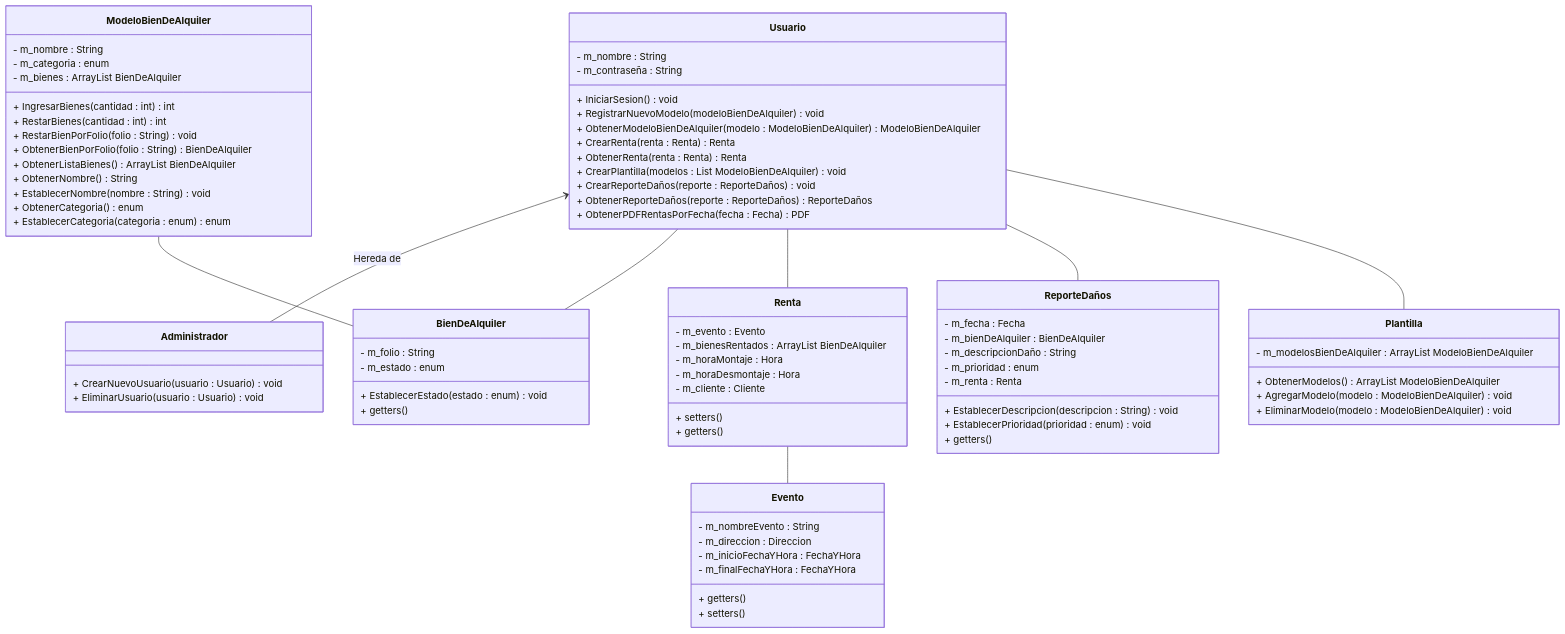
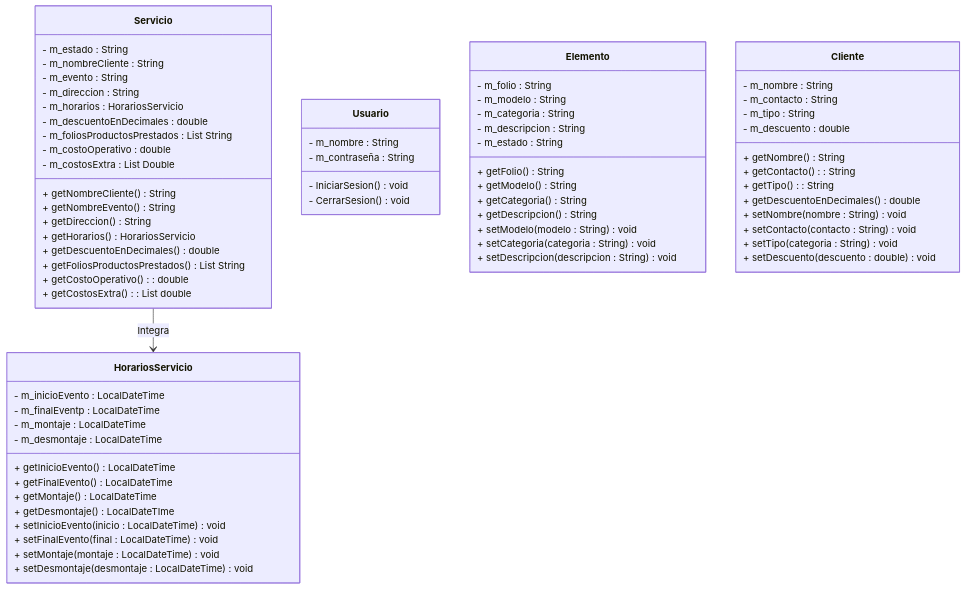
One commit to JuanJoseVargasArvizu/ProyectoPromotoraEventos changed the diagram in Documentacion/Diagramas/DiagramaDeClases.mmd. Above: the diagram before and after it, drawn with Mermaid.

Commit message:
Actualizacion diagrama de clases

```diff
--- a/Documentacion/Diagramas/DiagramaDeClases.mmd
+++ b/Documentacion/Diagramas/DiagramaDeClases.mmd
@@ -1,101 +1,75 @@
 classDiagram
 
-    Usuario <-- Administrador : Hereda de
-    Usuario -- BienDeAlquiler
-    Usuario -- Renta
-    Usuario -- ReporteDaños
-    Usuario -- Plantilla
+Servicio --> HorariosServicio : Integra
 
-    Renta -- Evento
+class Usuario{
+    - m_nombre : String
+    - m_contraseña : String
+    - IniciarSesion() void
+    - CerrarSesion() void
+}
 
-    ModeloBienDeAlquiler -- BienDeAlquiler
+class Elemento{
+    - m_folio : String
+    - m_modelo : String
+    - m_categoria : String
+    - m_descripcion : String
+    - m_estado : String
+    + getFolio() String
+    + getModelo() String
+    + getCategoria() String
+    + getDescripcion() String
+    + setModelo(modelo : String) void
+    + setCategoria(categoria : String) void
+    + setDescripcion(descripcion : String) void
+}
 
+class Cliente{
+    - m_nombre : String
+    - m_contacto : String
+    - m_tipo : String
+    - m_descuento : double
+    + getNombre() String
+    + getContacto() : String
+    + getTipo() : String
+    + getDescuentoEnDecimales() double
+    + setNombre(nombre : String) void
+    + setContacto(contacto : String) void
+    + setTipo(categoria : String) void
+    + setDescuento(descuento :  double) void
+}
 
-    class Usuario{
-        - m_nombre : String
-        - m_contraseña : String
-        + IniciarSesion() void
-        + RegistrarNuevoModelo(modeloBienDeAlquiler) void
-        + ObtenerModeloBienDeAlquiler(modelo : ModeloBienDeAlquiler) ModeloBienDeAlquiler
-        + CrearRenta(renta : Renta) Renta
-        + ObtenerRenta(renta : Renta) Renta
-        + CrearPlantilla( modelos : List ModeloBienDeAlquiler) void
-        + CrearReporteDaños(reporte : ReporteDaños) void
-        + ObtenerReporteDaños(reporte : ReporteDaños) ReporteDaños
-        + ObtenerPDFRentasPorFecha(fecha : Fecha) PDF
-    }
+class Servicio{
+    - m_estado : String
+    - m_nombreCliente : String 
+    - m_evento : String
+    - m_direccion : String
+    - m_horarios : HorariosServicio
+    - m_descuentoEnDecimales : double
+    - m_foliosProductosPrestados : List String
+    - m_costoOperativo : double
+    - m_costosExtra : List Double
+    + getNombreCliente() String
+    + getNombreEvento() String
+    + getDireccion() String
+    + getHorarios() HorariosServicio
+    + getDescuentoEnDecimales() double
+    + getFoliosProductosPrestados() List String
+    + getCostoOperativo() : double
+    + getCostosExtra() : List double
+}
 
-    class Administrador{
-        + CrearNuevoUsuario(usuario : Usuario) void
-        + EliminarUsuario(usuario : Usuario) void
-    }
-
-    class ModeloBienDeAlquiler{
-        - m_nombre : String
-        - m_categoria : enum
-        - m_bienes : ArrayList BienDeAlquiler
-        + IngresarBienes(cantidad : int) int
-        + RestarBienes(cantidad : int) int
-        + RestarBienPorFolio(folio : String) void
-        + ObtenerBienPorFolio(folio : String) BienDeAlquiler
-        + ObtenerListaBienes() ArrayList BienDeAlquiler
-
-        + ObtenerNombre() String
-        + EstablecerNombre(nombre : String) void
-        + ObtenerCategoria() enum
-        + EstablecerCategoria(categoria : enum) enum
-
-    }
-
-
-    class BienDeAlquiler{
-        - m_folio : String
-        - m_estado : enum
-
-        + EstablecerEstado(estado : enum) void
-        + getters()
-
-    }
-
-
-    class Renta{
-        - m_evento : Evento
-        - m_bienesRentados : ArrayList BienDeAlquiler
-        - m_horaMontaje : Hora
-        - m_horaDesmontaje : Hora
-        - m_cliente : Cliente
-
-        + setters()
-        + getters()
-
-    }
-
-    class Evento{
-        - m_nombreEvento : String
-        - m_direccion : Direccion        
-        - m_inicioFechaYHora : FechaYHora
-        - m_finalFechaYHora : FechaYHora
-
-        + getters()
-        + setters()
-    }
-
-    class ReporteDaños{
-        - m_fecha : Fecha
-        - m_bienDeAlquiler : BienDeAlquiler
-        - m_descripcionDaño : String
-        - m_prioridad : enum
-        - m_renta : Renta
-
-        + EstablecerDescripcion(descripcion : String) void
-        + EstablecerPrioridad(prioridad : enum) void
-        + getters()
-    }
-
-
-    class Plantilla{
-        - m_modelosBienDeAlquiler : ArrayList ModeloBienDeAlquiler
-        + ObtenerModelos() ArrayList ModeloBienDeAlquiler
-        + AgregarModelo(modelo : ModeloBienDeAlquiler) void
-        + EliminarModelo(modelo : ModeloBienDeAlquiler) void
-    }
+class HorariosServicio{
+    - m_inicioEvento : LocalDateTime
+    - m_finalEventp : LocalDateTime
+    - m_montaje : LocalDateTime
+    - m_desmontaje : LocalDateTime
+    + getInicioEvento() LocalDateTime
+    + getFinalEvento() LocalDateTime
+    + getMontaje() LocalDateTime
+    + getDesmontaje() LocalDateTIme
+    + setInicioEvento(inicio : LocalDateTime) void
+    + setFinalEvento(final : LocalDateTime) void
+    + setMontaje(montaje : LocalDateTime) void
+    + setDesmontaje(desmontaje : LocalDateTime) void
+}
```
